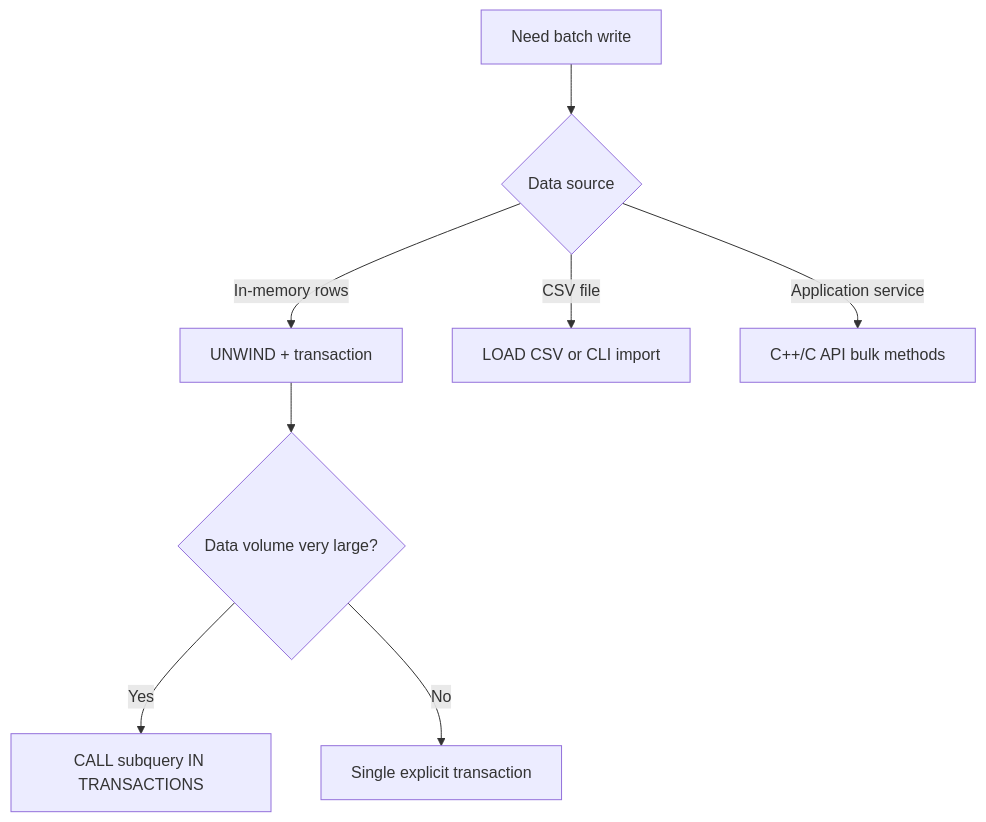
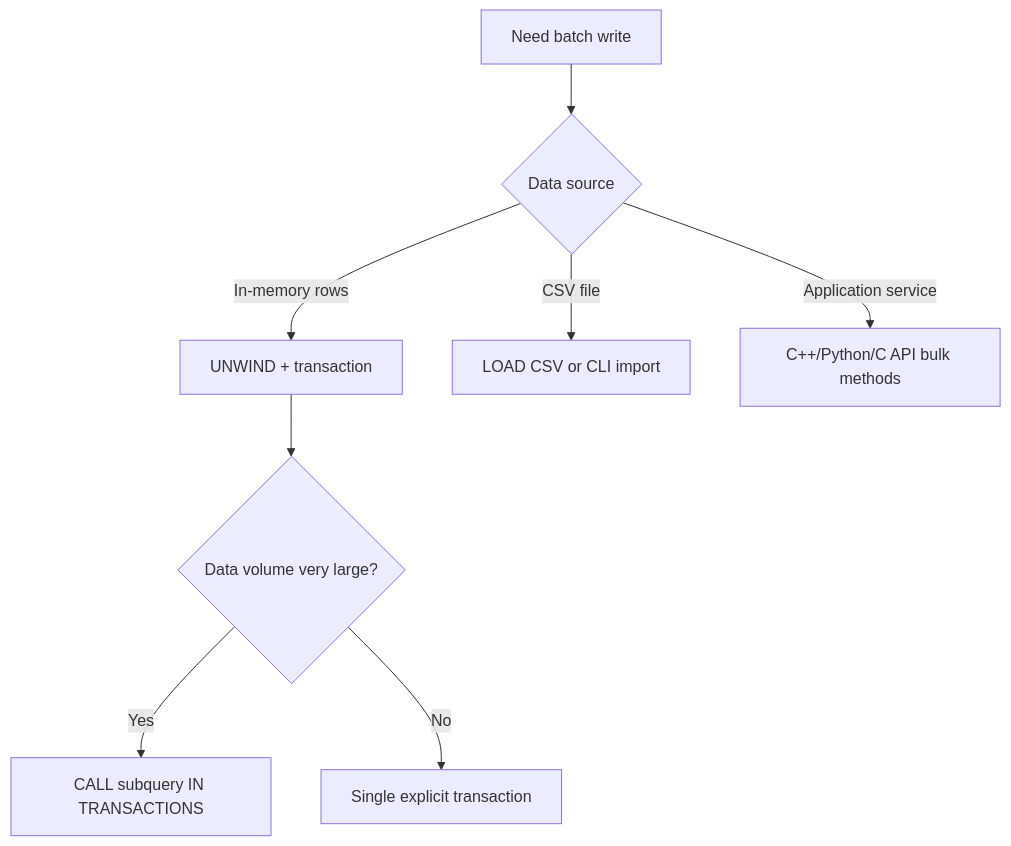
Before and after one commit to nexepic/zyx: the diagram in docs/apps/docs/content/docs/en/zyx/user-guide/batch-operations.mdx, drawn with Mermaid. The commit also changed other lines of this file and 11 other files, not shown here.

First line of the commit message:
Add Python API docs and update C++ API signatures across all documentation

````diff
--- a/docs/apps/docs/content/docs/en/zyx/user-guide/batch-operations.mdx
+++ b/docs/apps/docs/content/docs/en/zyx/user-guide/batch-operations.mdx
@@ -17,10 +17,10 @@
 ```mermaid
 flowchart TD
   A[Need batch write] --> B{Data source}
   B -->|In-memory rows| C[UNWIND + transaction]
   B -->|CSV file| D[LOAD CSV or CLI import]
-  B -->|Application service| E[C++/C API bulk methods]
+  B -->|Application service| E[C++/Python/C API bulk methods]
   C --> F{Data volume very large?}
   F -->|Yes| G[CALL subquery IN TRANSACTIONS]
   F -->|No| H[Single explicit transaction]
 ```
````
